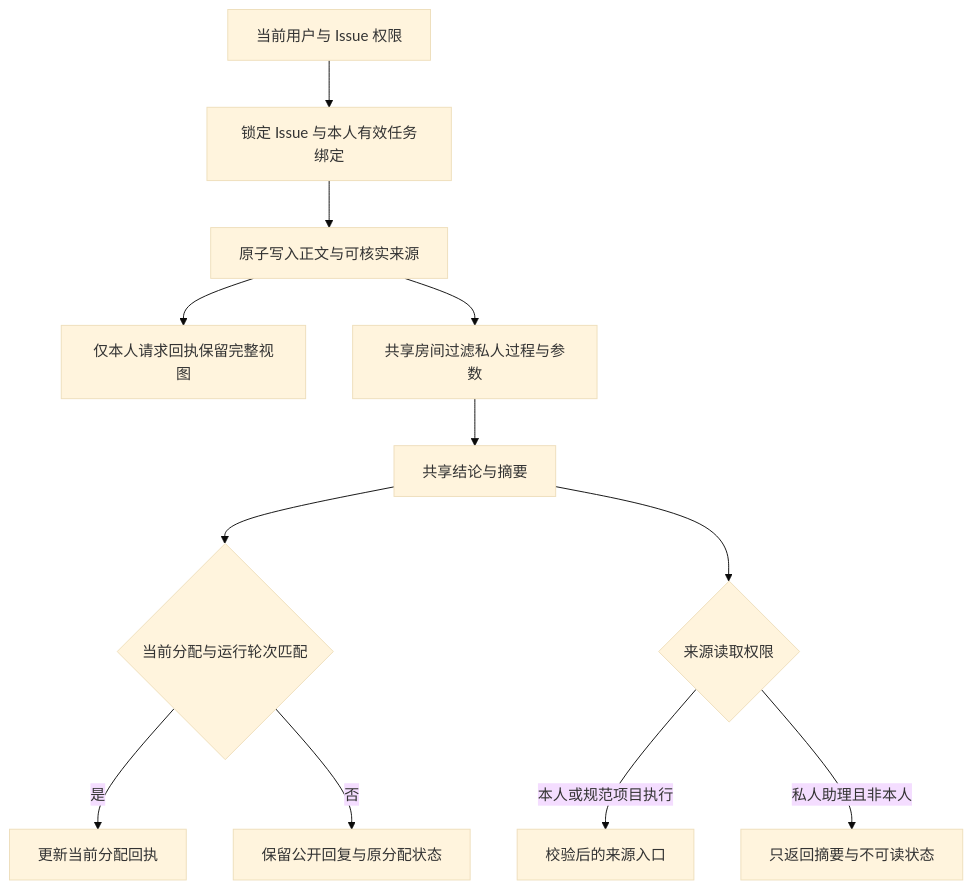
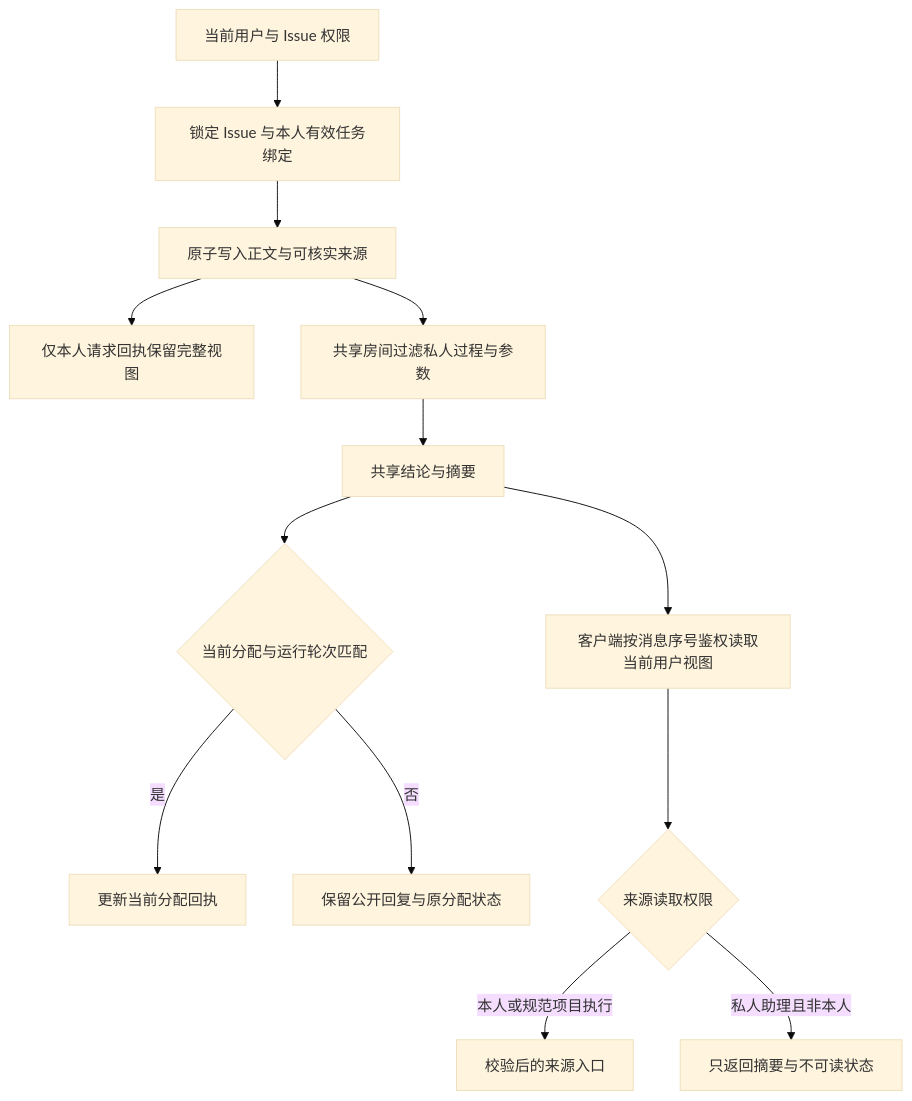
The first of 3 diagrams in docs/zh/wegent/developer-guide/collaboration-permissions.md (wecode-ai/Wegent), drawn with Mermaid (base theme) before and after one commit. The commit also changed other lines of this file and 10 other files, not shown here.

````diff
--- a/docs/zh/wegent/developer-guide/collaboration-permissions.md
+++ b/docs/zh/wegent/developer-guide/collaboration-permissions.md
@@ -9,14 +9,15 @@
 ```mermaid
 flowchart TD
     Source[当前用户与 Issue 权限] --> Lock[锁定 Issue 与本人有效任务绑定]
     Lock --> Commit[原子写入正文与可核实来源]
     Commit --> Owner[仅本人请求回执保留完整视图]
     Commit --> Filter[共享房间过滤私人过程与参数]
     Filter --> Public[共享结论与摘要]
     Public --> Receipt{当前分配与运行轮次匹配}
     Receipt -->|是| Complete[更新当前分配回执]
     Receipt -->|否| History[保留公开回复与原分配状态]
-    Public --> Trace{来源读取权限}
+    Public --> Read[客户端按消息序号鉴权读取当前用户视图]
+    Read --> Trace{来源读取权限}
     Trace -->|本人或规范项目执行| Scoped[校验后的来源入口]
     Trace -->|私人助理且非本人| Restricted[只返回摘要与不可读状态]
 ```
````
